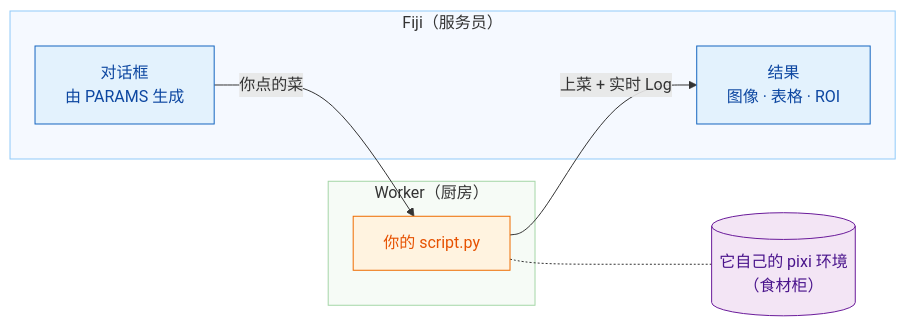
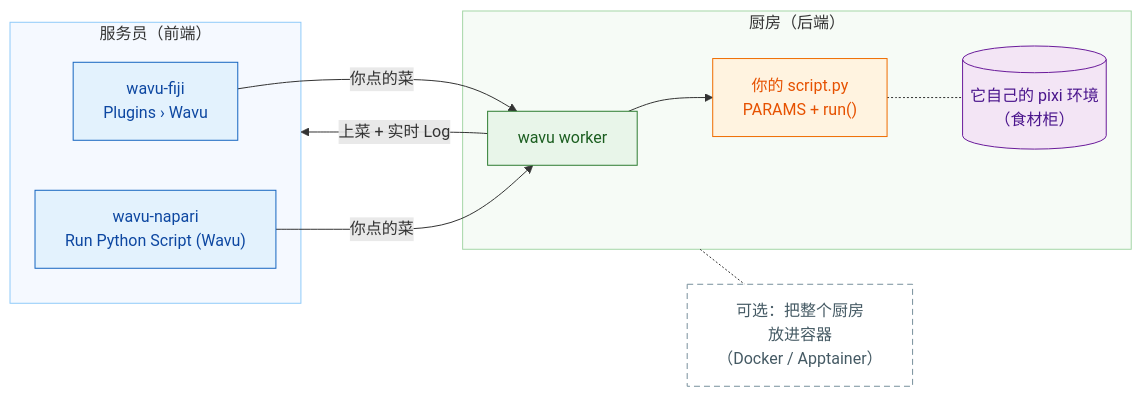
The diagram in guide/index.zh-Hans.md (Oxford-Zeiss-Centre-of-Excellence/Wavu), drawn with Mermaid before and after one commit. The commit also changed other lines of this file and 218 other files, not shown here.

First line of the commit message:
feat: Wavu core + two frontends (wavu-fiji, wavu-napari); remote/container connect; reworked guide

````diff
--- a/guide/index.zh-Hans.md
+++ b/guide/index.zh-Hans.md
@@ -18,22 +18,28 @@
 ```mermaid
 flowchart LR
-    subgraph FIJI["Fiji（服务员）"]
-        D["对话框<br/>由 PARAMS 生成"]:::fiji
-        R["结果<br/>图像 · 表格 · ROI"]:::fiji
+    subgraph FE["服务员（前端）"]
+        F["wavu-fiji<br/>Plugins › Wavu"]:::fiji
+        N["wavu-napari<br/>Run Python Script (Wavu)"]:::fiji
     end
-    subgraph PY["Worker（厨房）"]
-        S["你的 script.py"]:::script
+    subgraph BE["厨房（后端）"]
+        W["wavu worker"]:::worker
+        S["你的 script.py<br/>PARAMS + run()"]:::script
+        E[("它自己的 pixi 环境<br/>（食材柜）")]:::env
     end
-    E[("它自己的 pixi 环境<br/>（食材柜）")]:::env
+    C["可选：把整个厨房<br/>放进容器<br/>（Docker / Apptainer）"]:::box
+    BE -.- C
 
-    D -- "你点的菜" --> S
+    F -- "你点的菜" --> W
+    N -- "你点的菜" --> W
+    W --> S
     S -.- E
-    S -- "上菜 + 实时 Log" --> R
+    W -- "上菜 + 实时 Log" --> FE
 
     classDef fiji   fill:#e3f2fd,stroke:#1565c0,color:#0d47a1
     classDef worker fill:#e8f5e9,stroke:#2e7d32,color:#1b5e20
     classDef script fill:#fff3e0,stroke:#ef6c00,color:#e65100
     classDef env    fill:#f3e5f5,stroke:#6a1b9a,color:#4a148c
-    style FIJI fill:#f5f9ff,stroke:#90caf9
-    style PY   fill:#f6fbf6,stroke:#a5d6a7
+    style FE fill:#f5f9ff,stroke:#90caf9
+    style BE fill:#f6fbf6,stroke:#a5d6a7
+    classDef box    fill:#ffffff,stroke:#78909c,stroke-dasharray: 6 4,color:#455a64
 ```
````
